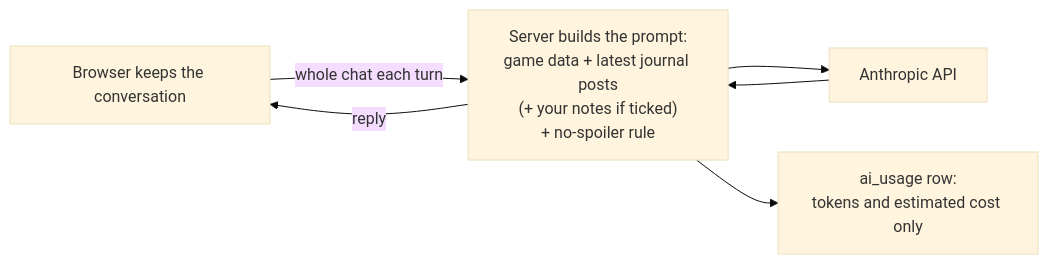
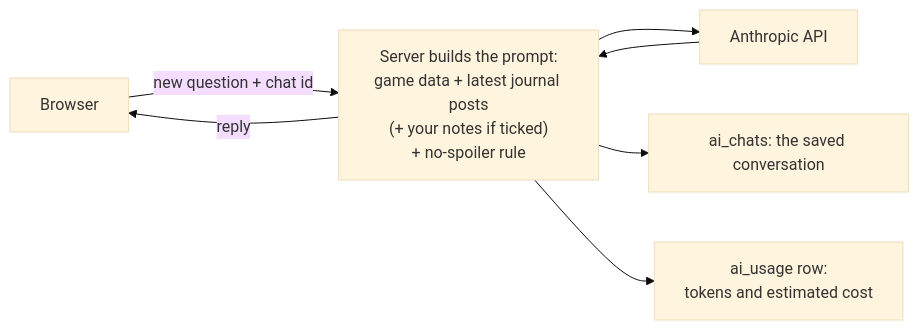
Before and after one commit to joeattardi/gamequeue: diagram 12 of 23 in OVERVIEW.md, drawn with Mermaid (base theme). The commit also changed other lines of this file and 16 other files, not shown here.

Commit message:
R5b: save game helper chats, capped per game and user and pruned after 90 days

````diff
--- a/OVERVIEW.md
+++ b/OVERVIEW.md
@@ -439,8 +439,9 @@
 ```mermaid
 flowchart LR
-    B["Browser keeps the conversation"] -->|"whole chat each turn"| S["Server builds the prompt:<br/>game data + latest journal posts<br/>(+ your notes if ticked)<br/>+ no-spoiler rule"]
+    B["Browser"] -->|"new question + chat id"| S["Server builds the prompt:<br/>game data + latest journal posts<br/>(+ your notes if ticked)<br/>+ no-spoiler rule"]
     S --> A["Anthropic API"]
     A --> S
     S -->|"reply"| B
-    S --> U["ai_usage row:<br/>tokens and estimated cost only"]
+    S --> C["ai_chats: the saved conversation"]
+    S --> U["ai_usage row:<br/>tokens and estimated cost"]
 ```
````
